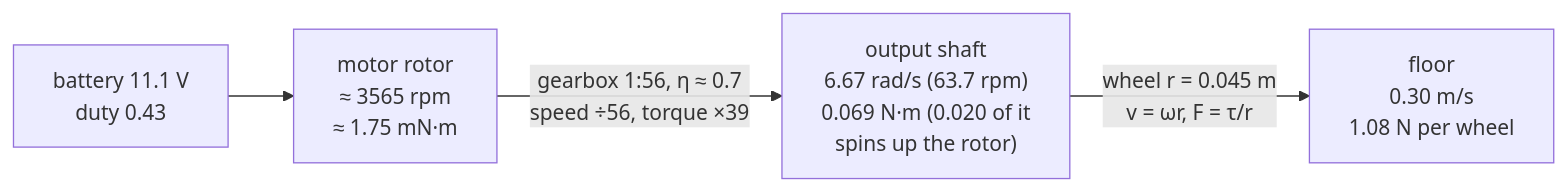
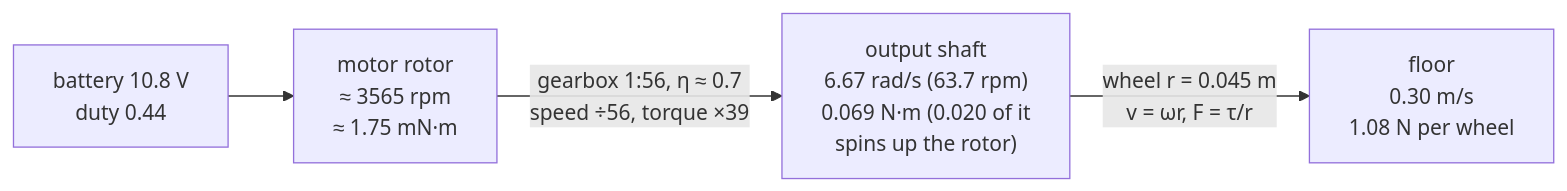
One commit to tal-giladi/robotics-course changed the diagram in optional-foundations/physics/FP.04-torque-gears-wheels.md. Above: the diagram before and after it, drawn with Mermaid. The commit also changed other lines of this file and 55 other files, not shown here.

````diff
--- a/optional-foundations/physics/FP.04-torque-gears-wheels.md
+++ b/optional-foundations/physics/FP.04-torque-gears-wheels.md
@@ -170,6 +170,6 @@
 ```mermaid
 flowchart LR
-    B["battery 11.1 V<br/>duty 0.43"] --> M["motor rotor<br/>≈ 3565 rpm<br/>≈ 1.75 mN·m"]
+    B["battery 10.8 V<br/>duty 0.44"] --> M["motor rotor<br/>≈ 3565 rpm<br/>≈ 1.75 mN·m"]
     M -->|"gearbox 1:56, η ≈ 0.7<br/>speed ÷56, torque ×39"| O["output shaft<br/>6.67 rad/s (63.7 rpm)<br/>0.069 N·m (0.020 of it<br/>spins up the rotor)"]
     O -->|"wheel r = 0.045 m<br/>v = ωr, F = τ/r"| F["floor<br/>0.30 m/s<br/>1.08 N per wheel"]
 ```
````
